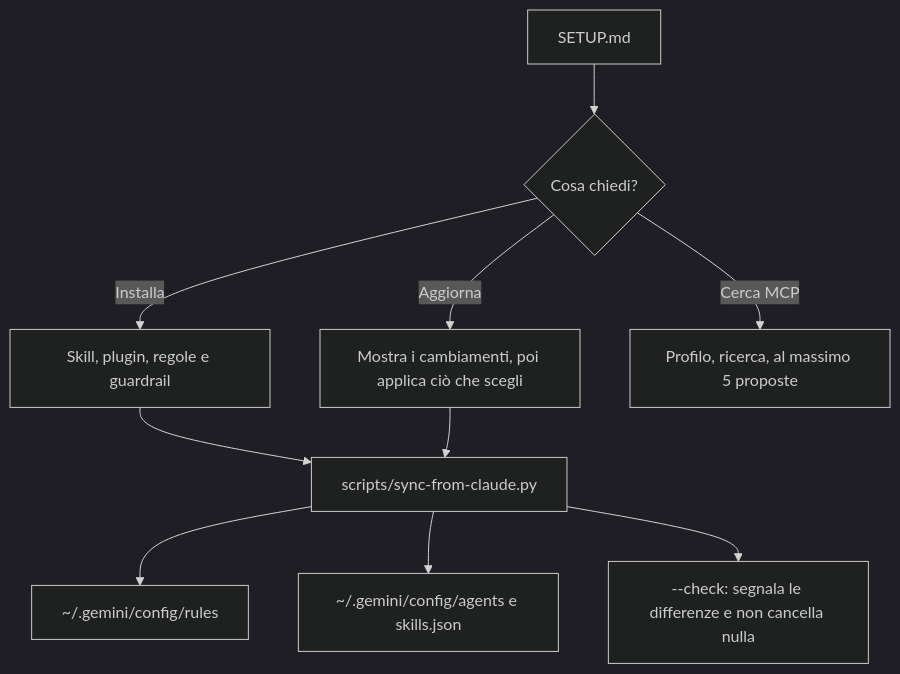
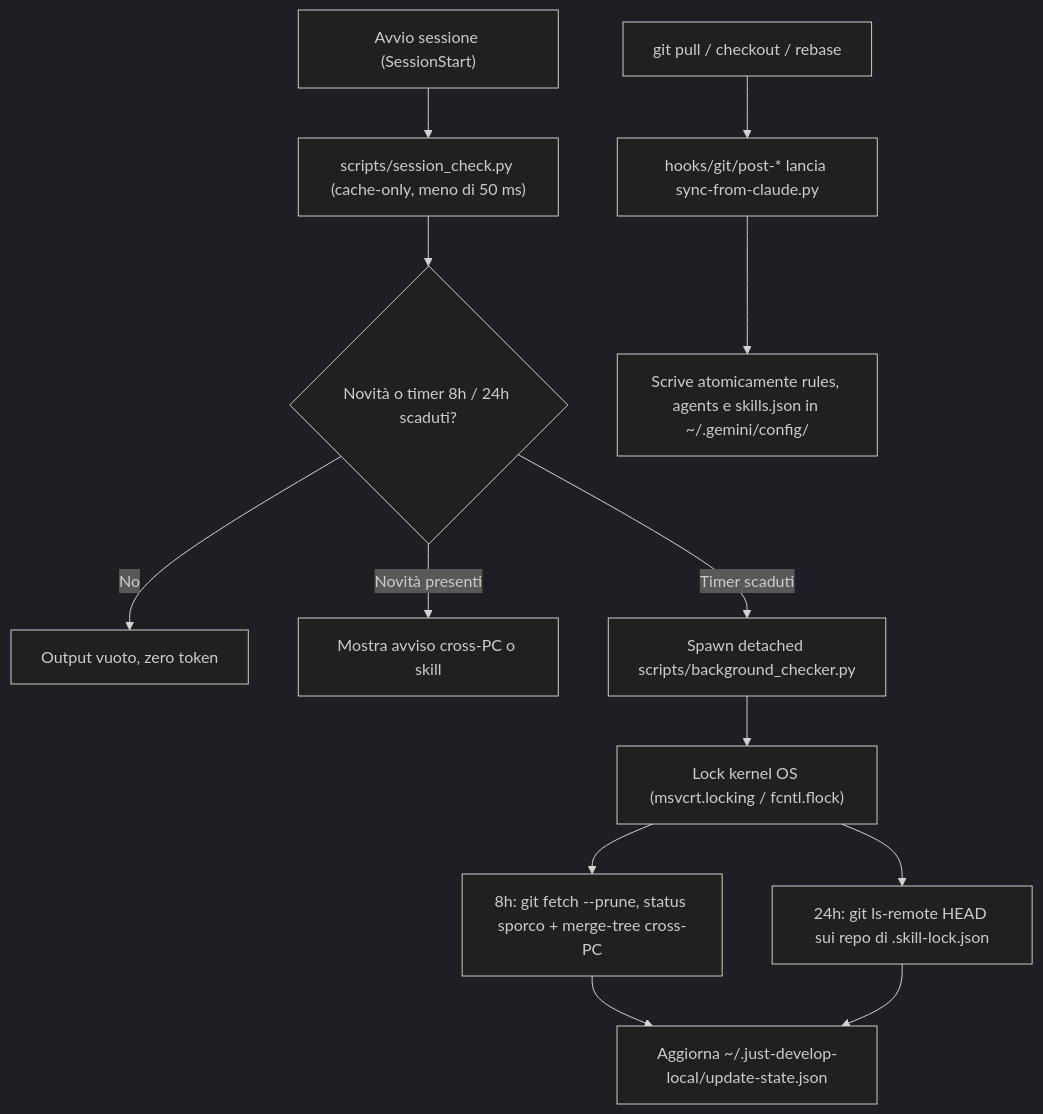
Before and after one commit to justpeppe/just-develop: the third of 3 diagrams in docs/index.mdx, drawn with Mermaid (dark theme). The commit also changed other lines of this file and 40 other files, not shown here.

Commit message:
feat(flow): allinea flusso universale v2, hook di sync e controlli cross-pc

````diff
--- a/docs/index.mdx
+++ b/docs/index.mdx
@@ -62,12 +63,15 @@
 ```mermaid
 flowchart TD
-    A["SETUP.md"] --> B{"Cosa chiedi?"}
-    B -- "Installa" --> C["Skill, plugin, regole e guardrail"]
-    B -- "Aggiorna" --> D["Mostra i cambiamenti, poi applica ciò che scegli"]
-    B -- "Cerca MCP" --> E["Profilo, ricerca, al massimo 5 proposte"]
-    C --> F["scripts/sync-from-claude.py"]
-    D --> F
-    F --> G["~/.gemini/config/rules"]
-    F --> H["~/.gemini/config/agents e skills.json"]
-    F --> I["--check: segnala le differenze e non cancella nulla"]
+    S["Avvio sessione (SessionStart)"] --> SC["scripts/session_check.py (cache-only, meno di 50 ms)"]
+    SC --> D{"Novità o timer 8h / 24h scaduti?"}
+    D -- "No" --> Z["Output vuoto, zero token"]
+    D -- "Novità presenti" --> N["Mostra avviso cross-PC o skill"]
+    D -- "Timer scaduti" --> BG["Spawn detached scripts/background_checker.py"]
+    BG --> LK["Lock kernel OS (msvcrt.locking / fcntl.flock)"]
+    LK --> G8["8h: git fetch --prune, status sporco + merge-tree cross-PC"]
+    LK --> G24["24h: git ls-remote HEAD sui repo di .skill-lock.json"]
+    G8 --> US["Aggiorna ~/.just-develop-local/update-state.json"]
+    G24 --> US
+    PM["git pull / checkout / rebase"] --> SY["hooks/git/post-* lancia sync-from-claude.py"]
+    SY --> AGY["Scrive atomicamente rules, agents e skills.json in ~/.gemini/config/"]
 ```
````
